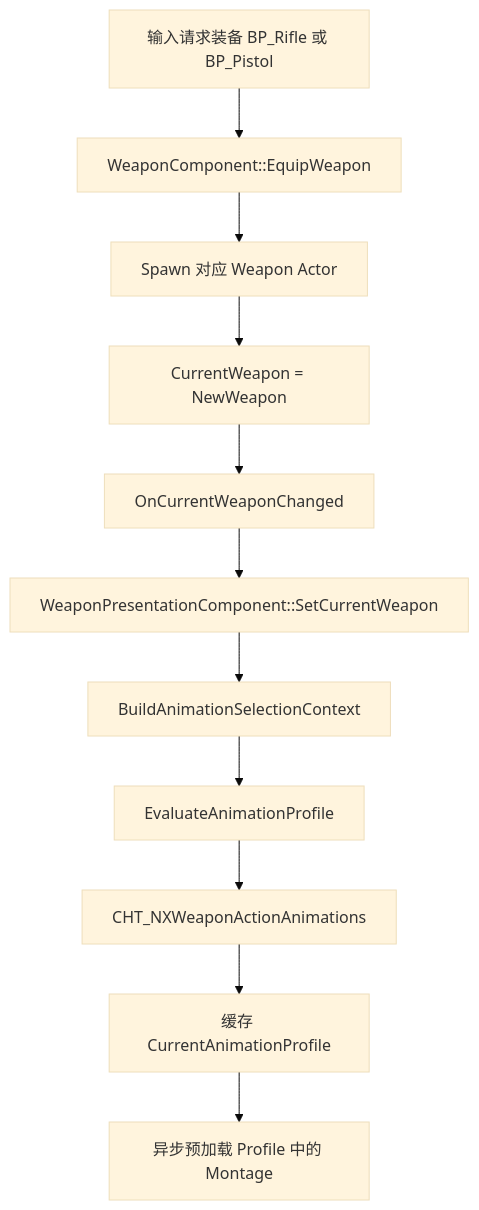
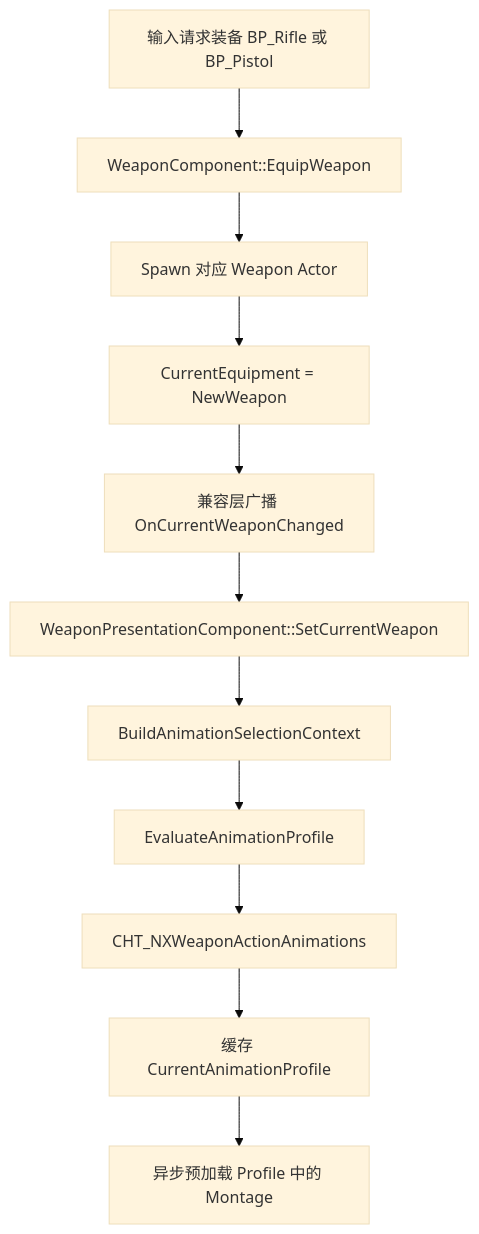
Before and after one commit to ARKS23/GASPALS: the first of 2 diagrams in Docs/system/weapon_animation_data_flow.md, drawn with Mermaid (base theme). The commit also changed other lines of this file and 8 other files, not shown here.

````diff
--- a/Docs/system/weapon_animation_data_flow.md
+++ b/Docs/system/weapon_animation_data_flow.md
@@ -66,13 +66,13 @@
 ```mermaid
 flowchart TD
     A["输入请求装备 BP_Rifle 或 BP_Pistol"] --> B["WeaponComponent::EquipWeapon"]
     B --> C["Spawn 对应 Weapon Actor"]
-    C --> D["CurrentWeapon = NewWeapon"]
-    D --> E["OnCurrentWeaponChanged"]
+    C --> D["CurrentEquipment = NewWeapon"]
+    D --> E["兼容层广播 OnCurrentWeaponChanged"]
     E --> F["WeaponPresentationComponent::SetCurrentWeapon"]
     F --> G["BuildAnimationSelectionContext"]
     G --> H["EvaluateAnimationProfile"]
     H --> I["CHT_NXWeaponActionAnimations"]
     I --> J["缓存 CurrentAnimationProfile"]
     J --> K["异步预加载 Profile 中的 Montage"]
 ```
````
